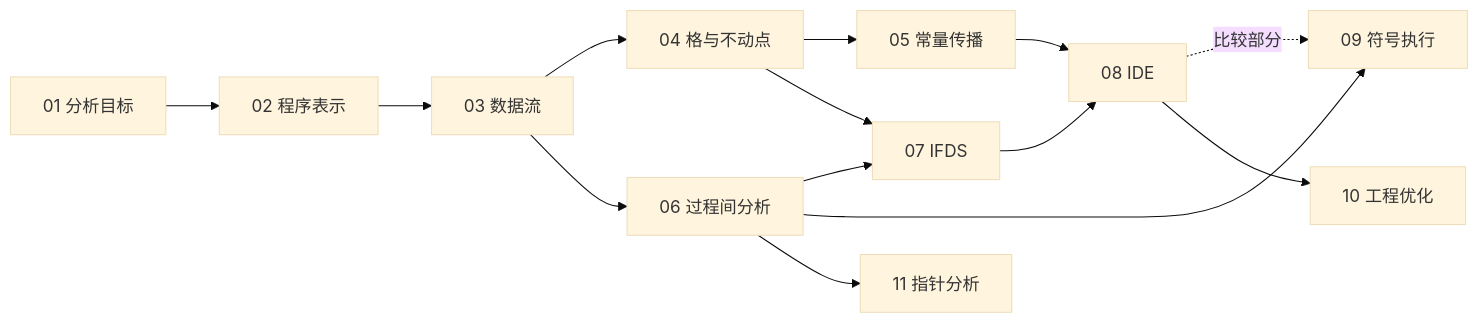
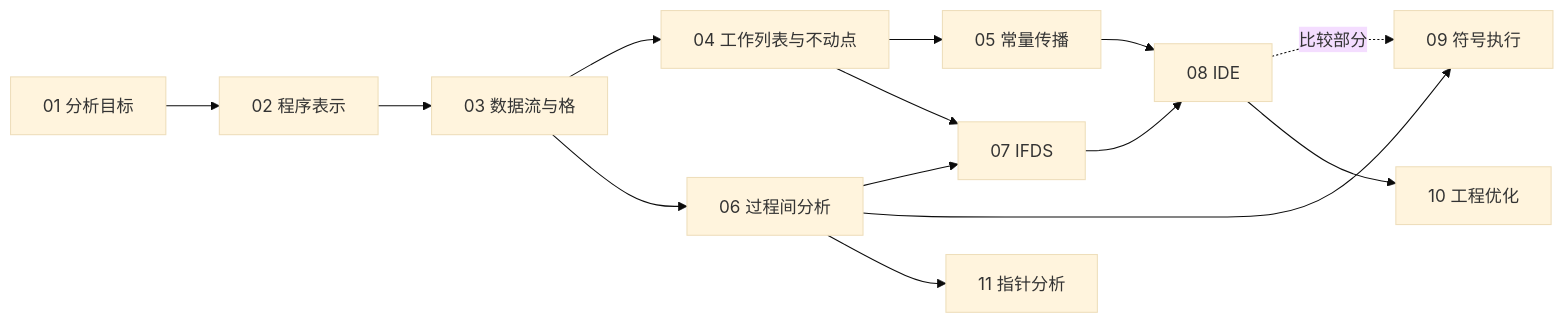
Before and after one commit to Scrates1/Scrates1.github.io: the diagram in src/static-analysis/assets/00-series-2.mmd, drawn with Mermaid (base theme). The commit also changed 19 other files, not shown here.

First line of the commit message:
静态分析系列：03/04 重组为「数据流分析与格」「工作列表与不动点」，同步总览、术语表与依赖图

```diff
--- a/src/static-analysis/assets/00-series-2.mmd
+++ b/src/static-analysis/assets/00-series-2.mmd
@@ -1,14 +1,14 @@
 flowchart LR
   A[01 分析目标] --> B[02 程序表示]
-  B --> C[03 数据流]
-  C --> D[04 格与不动点]
+  B --> C[03 数据流与格]
+  C --> D[04 工作列表与不动点]
   D --> E[05 常量传播]
   C --> F[06 过程间分析]
   D --> G[07 IFDS]
   F --> G
   G --> H[08 IDE]
   E --> H
   F --> I[09 符号执行]
   H -.比较部分.-> I
   H --> J[10 工程优化]
   F --> K[11 指针分析]
```
